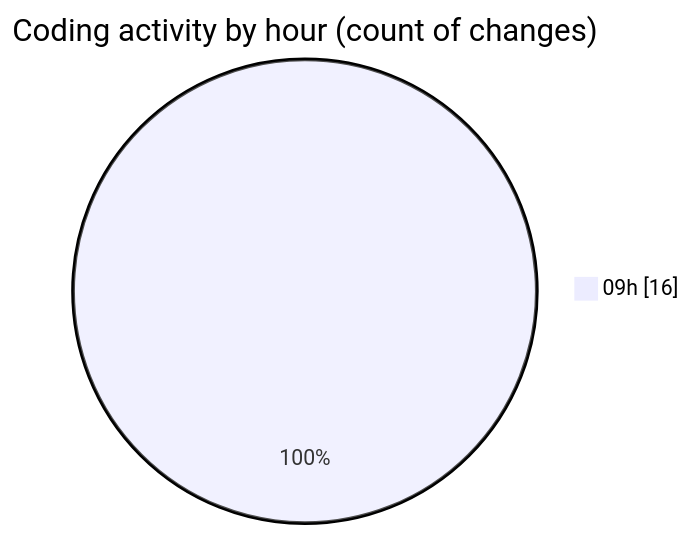
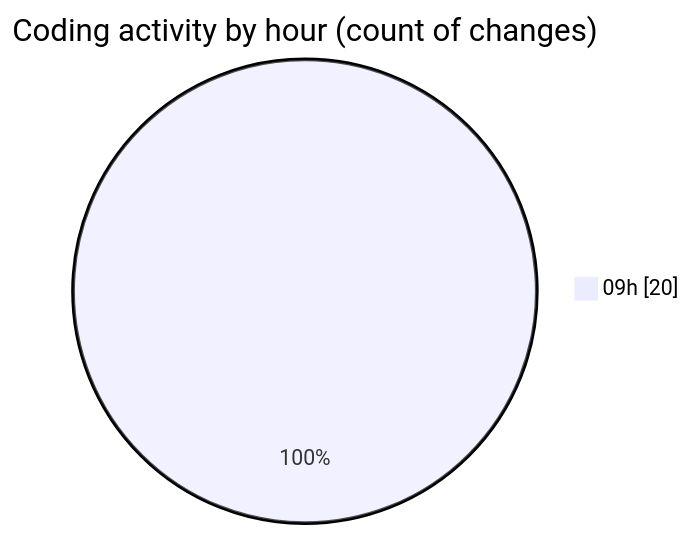
Before and after one commit to CELIANVF/code-tracking: the second of 2 diagrams in 2025-06-06/ecodeli-1/README.md, drawn with Mermaid. The commit also changed other lines of this file and 1 other file, not shown here.

````diff
--- a/2025-06-06/ecodeli-1/README.md
+++ b/2025-06-06/ecodeli-1/README.md
@@ -35,5 +36,5 @@
 ```mermaid
 pie showData
 title Coding activity by hour (count of changes)
-"09h" : 16
+"09h" : 20
 ```
````
